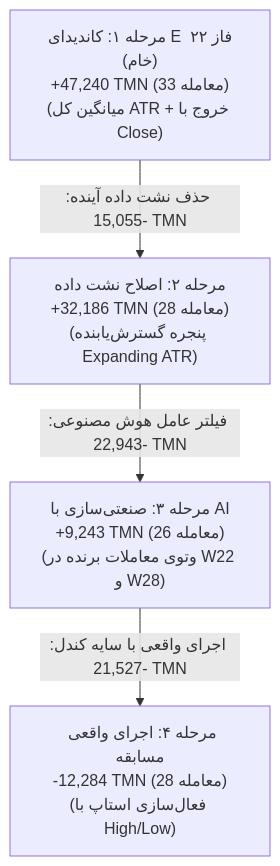
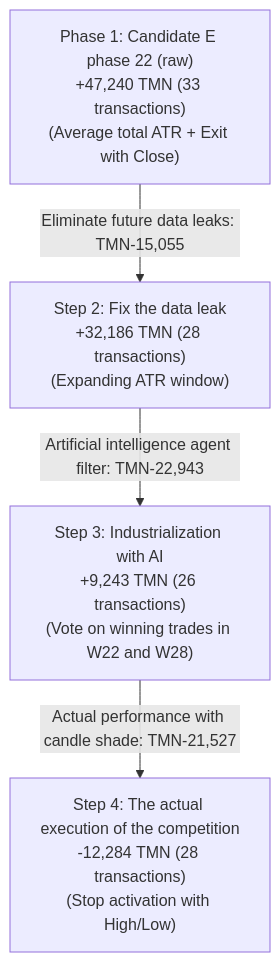
One commit to AliFazelniya/wallextrade changed the diagram in docs/PHASE24_ADVANCED_RESEARCH_REPORT.md. Above: the diagram before and after it, drawn with Mermaid. The commit also changed other lines of this file and 81 other files, not shown here.

````diff
--- a/docs/PHASE24_ADVANCED_RESEARCH_REPORT.md
+++ b/docs/PHASE24_ADVANCED_RESEARCH_REPORT.md
@@ -34,6 +34,6 @@
 ```mermaid
 flowchart TD
-    S1["مرحله ۱: کاندیدای E فاز ۲۲ (خام)\n+47,240 TMN (33 معامله)\n(میانگین کل ATR + خروج با Close)"] -->|حذف نشت داده آینده: 15,055- TMN| S2["مرحله ۲: اصلاح نشت داده\n+32,186 TMN (28 معامله)\n(پنجره گسترش‌یابنده Expanding ATR)"]
-    S2 -->|فیلتر عامل هوش مصنوعی: 22,943- TMN| S3["مرحله ۳: صنعتی‌سازی با AI\n+9,243 TMN (26 معامله)\n(وتوی معاملات برنده در W22 و W28)"]
-    S3 -->|اجرای واقعی با سایه کندل: 21,527- TMN| S4["مرحله ۴: اجرای واقعی مسابقه\n-12,284 TMN (28 معامله)\n(فعال‌سازی استاپ با High/Low)"]
+    S1["Phase 1: Candidate E phase 22 (raw)\n+47,240 TMN (33 transactions)\n(Average total ATR + Exit with Close)"] -->|Eliminate future data leaks: TMN-15,055| S2["Step 2: Fix the data leak\n+32,186 TMN (28 transactions)\n(Expanding ATR window)"]
+    S2 -->|Artificial intelligence agent filter: TMN-22,943| S3["Step 3: Industrialization with AI\n+9,243 TMN (26 transactions)\n(Vote on winning trades in W22 and W28)"]
+    S3 -->|Actual performance with candle shade: TMN-21,527| S4["Step 4: The actual execution of the competition\n-12,284 TMN (28 transactions)\n(Stop activation with High/Low)"]
 ```
````
